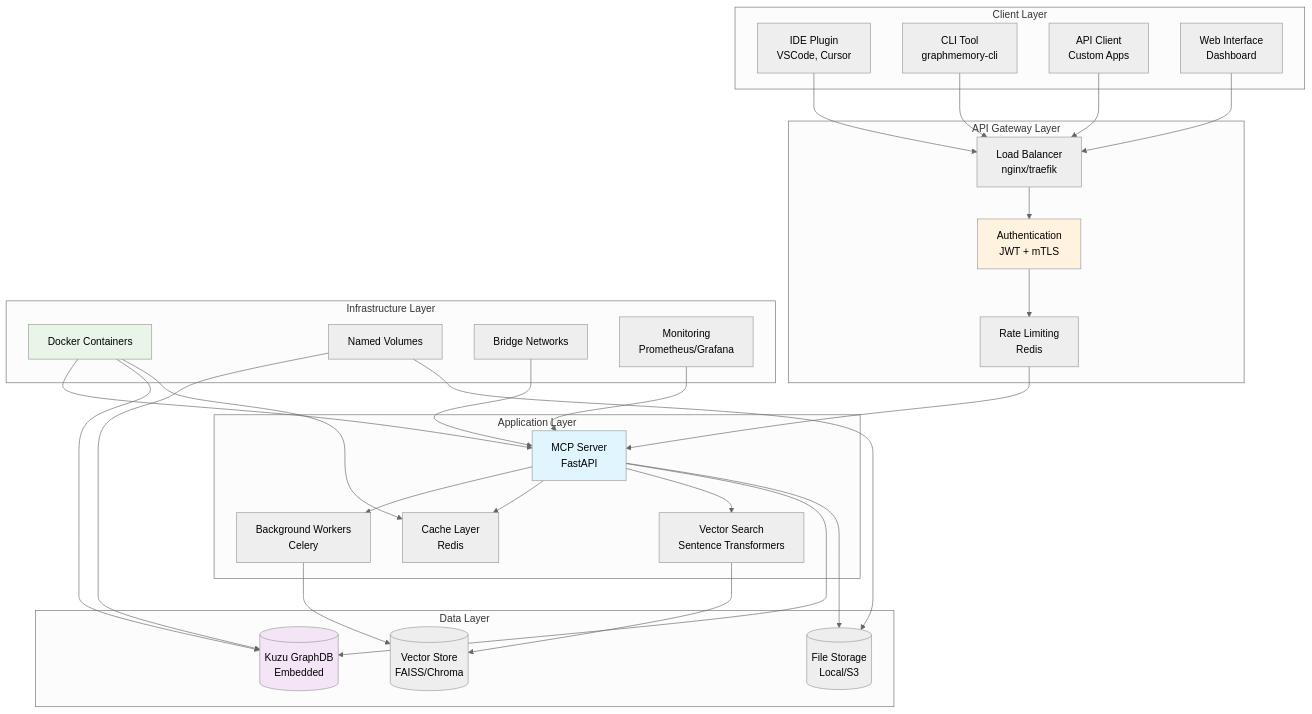
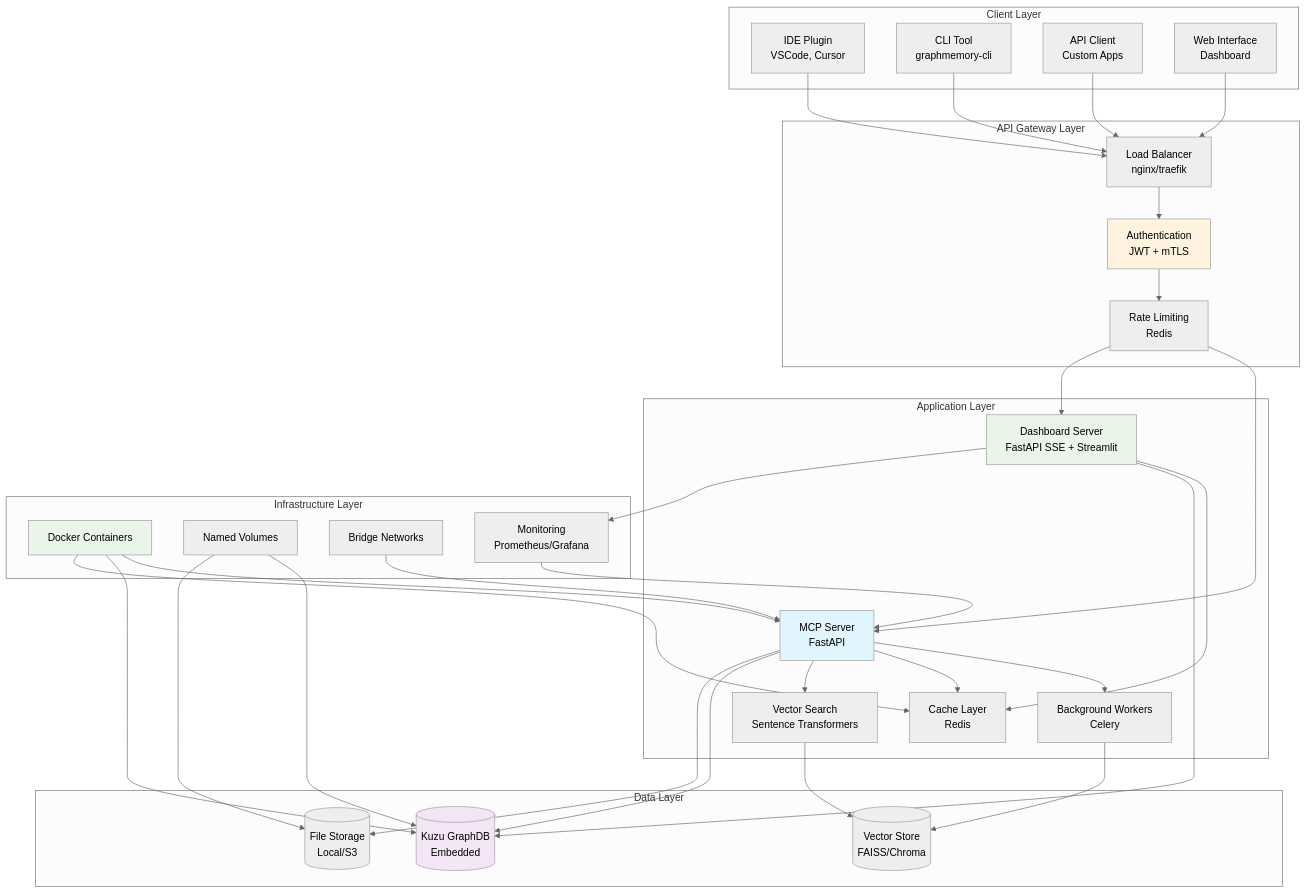
One commit to elementalcollision/GraphMemory-IDE changed the first of 20 diagrams in README.md. Above: the diagram before and after it, drawn with Mermaid (neutral theme). The commit also changed other lines of this file and 41 other files, not shown here.

````diff
--- a/README.md
+++ b/README.md
@@ -91,66 +91,73 @@
 ```mermaid
 graph TB
     subgraph "Client Layer"
         IDE[IDE Plugin<br/>VSCode, Cursor]
         CLI[CLI Tool<br/>graphmemory-cli]
         API[API Client<br/>Custom Apps]
         WEB[Web Interface<br/>Dashboard]
     end
     
     subgraph "API Gateway Layer"
         LB[Load Balancer<br/>nginx/traefik]
         AUTH[Authentication<br/>JWT + mTLS]
         RATE[Rate Limiting<br/>Redis]
     end
     
     subgraph "Application Layer"
         MCP[MCP Server<br/>FastAPI]
+        DASHBOARD[Dashboard Server<br/>FastAPI SSE + Streamlit]
         WORKER[Background Workers<br/>Celery]
         CACHE[Cache Layer<br/>Redis]
         SEARCH[Vector Search<br/>Sentence Transformers]
     end
     
     subgraph "Data Layer"
         KUZU[(Kuzu GraphDB<br/>Embedded)]
         VECTOR[(Vector Store<br/>FAISS/Chroma)]
         FILES[(File Storage<br/>Local/S3)]
     end
     
     subgraph "Infrastructure Layer"
         DOCKER[Docker Containers]
         VOLUMES[Named Volumes]
         NETWORK[Bridge Networks]
         MONITOR[Monitoring<br/>Prometheus/Grafana]
     end
     
     IDE --> LB
     CLI --> LB
     API --> LB
     WEB --> LB
     
     LB --> AUTH
     AUTH --> RATE
     RATE --> MCP
+    RATE --> DASHBOARD
     
     MCP --> WORKER
     MCP --> CACHE
     MCP --> SEARCH
     MCP --> KUZU
+    
+    DASHBOARD --> CACHE
+    DASHBOARD --> KUZU
+    DASHBOARD --> MONITOR
     
     WORKER --> VECTOR
     SEARCH --> VECTOR
     MCP --> FILES
     
     DOCKER --> MCP
     DOCKER --> KUZU
     DOCKER --> CACHE
     VOLUMES --> KUZU
     VOLUMES --> FILES
     NETWORK --> MCP
     MONITOR --> MCP
     
     style MCP fill:#e1f5fe
     style KUZU fill:#f3e5f5
     style AUTH fill:#fff3e0
     style DOCKER fill:#e8f5e8
+    style DASHBOARD fill:#e8f5e8
 ```
````
